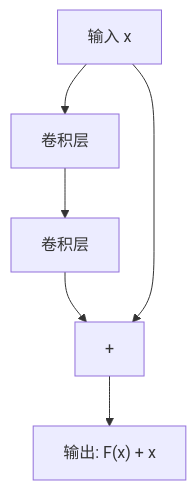
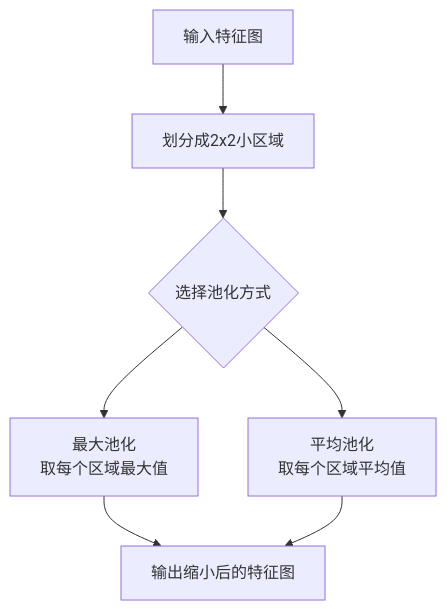
Before and after one commit to Kgumo/Note: the third of 10 diagrams in docs/AI/2.深度学习/4.卷积神经网络/index.md, drawn with Mermaid. The commit also changed other lines of this file and 60 other files, not shown here.

````diff
--- a/docs/AI/2.深度学习/4.卷积神经网络/index.md
+++ b/docs/AI/2.深度学习/4.卷积神经网络/index.md
@@ -163,8 +312,9 @@
 ```mermaid
-flowchart TD
-A["输入 x"] --> B[卷积层]
-B --> C[卷积层]
-C --> D[ + ]
-A --> D
-D --> E["输出: F(x) + x"]
+graph TD
+A[输入特征图] --> B[划分成2x2小区域]
+B --> C{选择池化方式}
+C --> D[最大池化<br>取每个区域最大值]
+C --> E[平均池化<br>取每个区域平均值]
+D --> F[输出缩小后的特征图]
+E --> F
 ```
````
